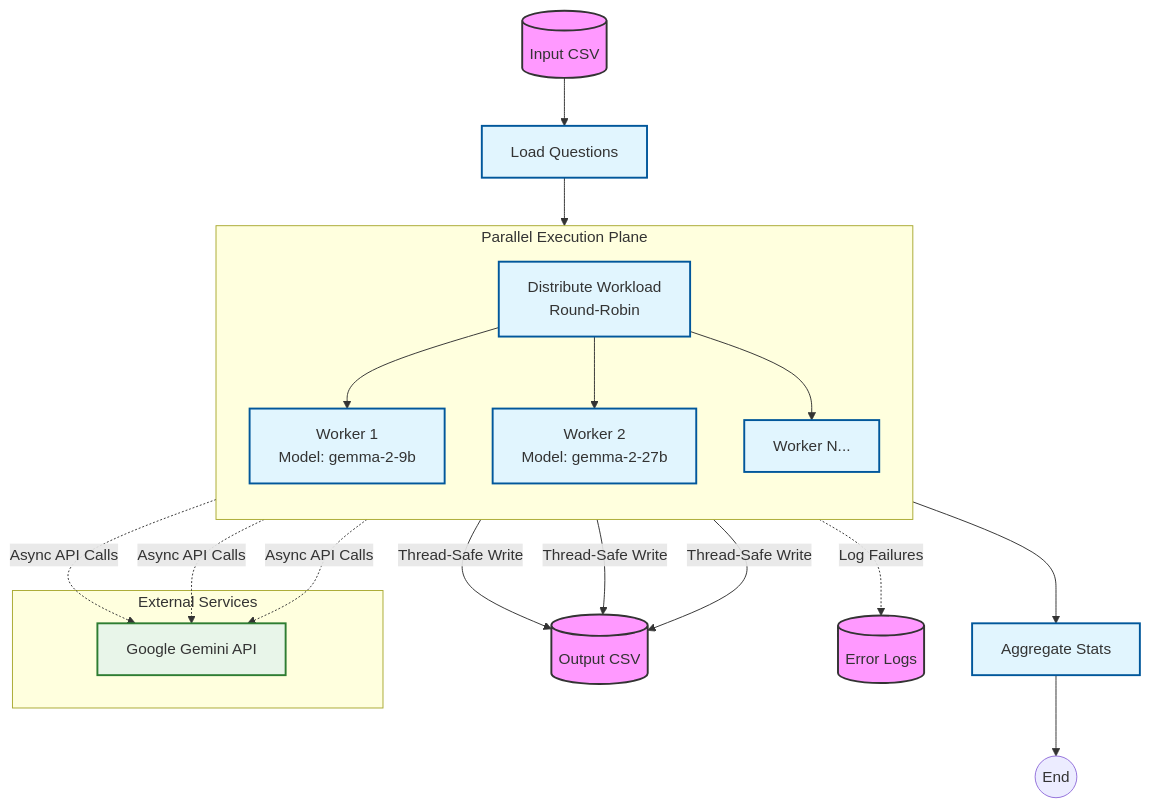
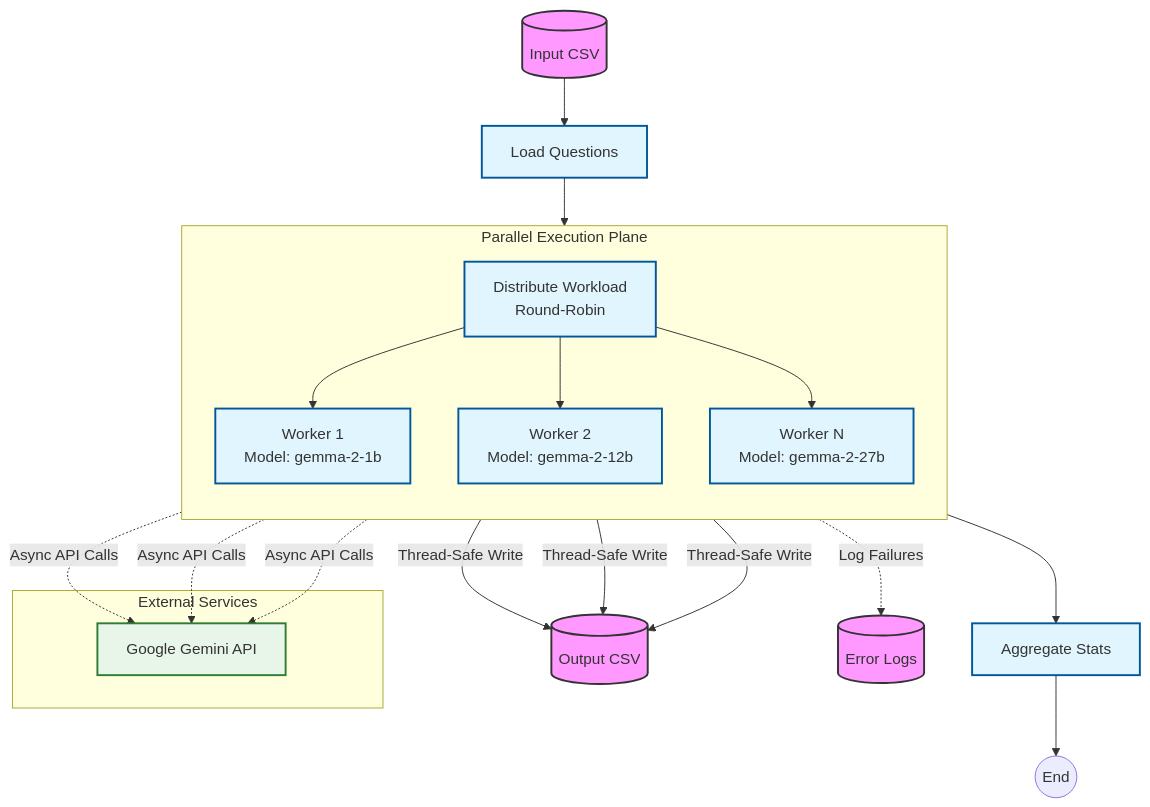
Before and after one commit to aayushdw/PrivacyAwareSemanticCache: the first of 2 diagrams in data/synthetic_data_generator/README.md, drawn with Mermaid. The commit also changed other lines of this file, not shown here.

Commit message:
Simplify README with clearer data strategy and streamlined diagrams

````diff
--- a/data/synthetic_data_generator/README.md
+++ b/data/synthetic_data_generator/README.md
@@ -21,31 +24,31 @@
 ```mermaid
 graph TD
     classDef storage fill:#f9f,stroke:#333,stroke-width:2px;
     classDef process fill:#e1f5fe,stroke:#01579b,stroke-width:2px;
     classDef external fill:#e8f5e9,stroke:#2e7d32,stroke-width:2px;
 
     InputFile[(Input CSV)]:::storage --> Load[Load Questions]:::process
-    Load --> Distribute[Distribute Workload\nRound-Robin]:::process
+    Load --> Distribute[Distribute Workload<br/>Round-Robin]:::process
     
     subgraph ExecutionPlane [Parallel Execution Plane]
         direction TB
-        Distribute --> W1[Worker 1\nModel: gemma-2-9b]:::process
-        Distribute --> W2[Worker 2\nModel: gemma-2-27b]:::process
-        Distribute --> WN[Worker N...]:::process
+        Distribute --> W1[Worker 1<br/>Model: gemma-2-1b]:::process
+        Distribute --> W2[Worker 2<br/>Model: gemma-2-12b]:::process
+        Distribute --> WN[Worker N<br/>Model: gemma-2-27b]:::process
     end
 
     subgraph ExternalServices [External Services]
         W1 -.->|Async API Calls| Gemini[Google Gemini API]:::external
         W2 -.->|Async API Calls| Gemini
         WN -.->|Async API Calls| Gemini
     end
 
     W1 -->|Thread-Safe Write| Output[(Output CSV)]:::storage
     W2 -->|Thread-Safe Write| Output
     WN -->|Thread-Safe Write| Output
 
     W1 -.->|Log Failures| ErrorLogs[(Error Logs)]:::storage
     
     ExecutionPlane --> Aggregate[Aggregate Stats]:::process
     Aggregate --> End((End))
 ```
````
